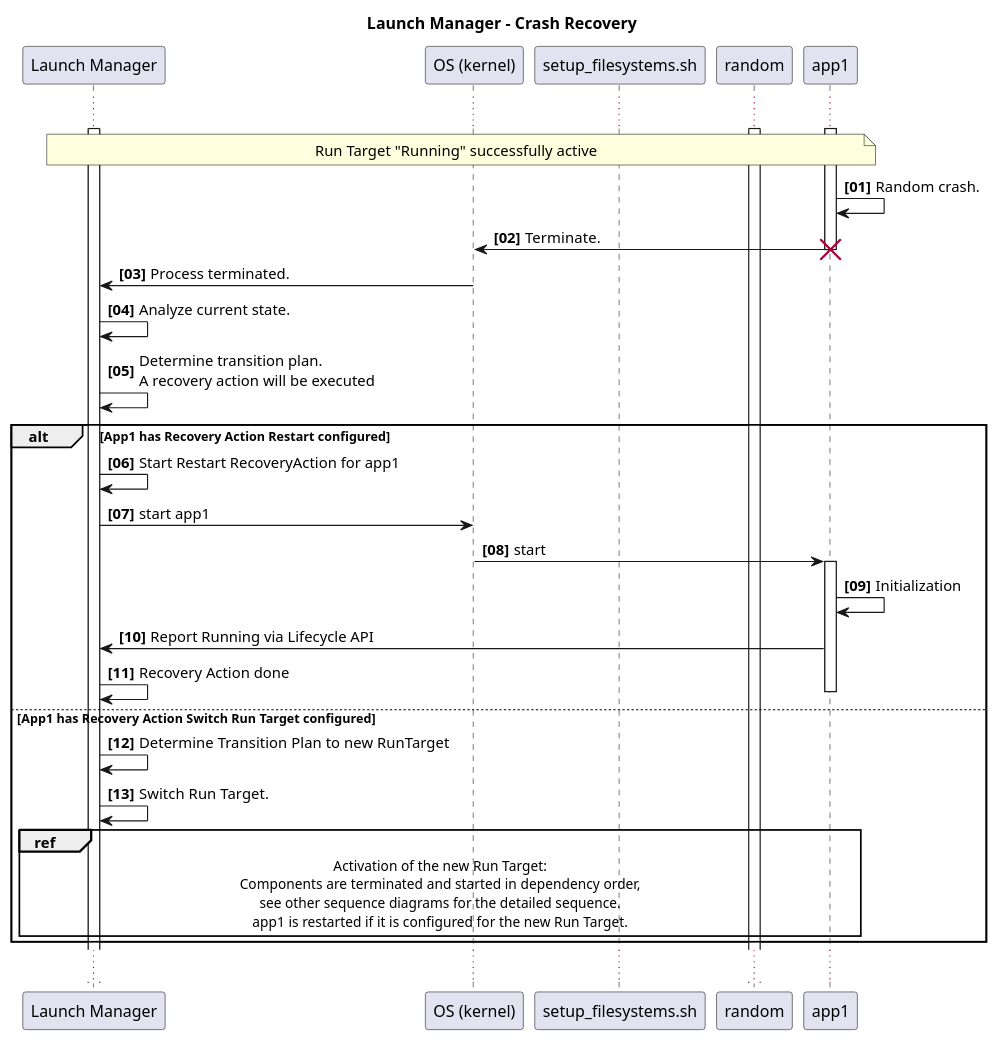
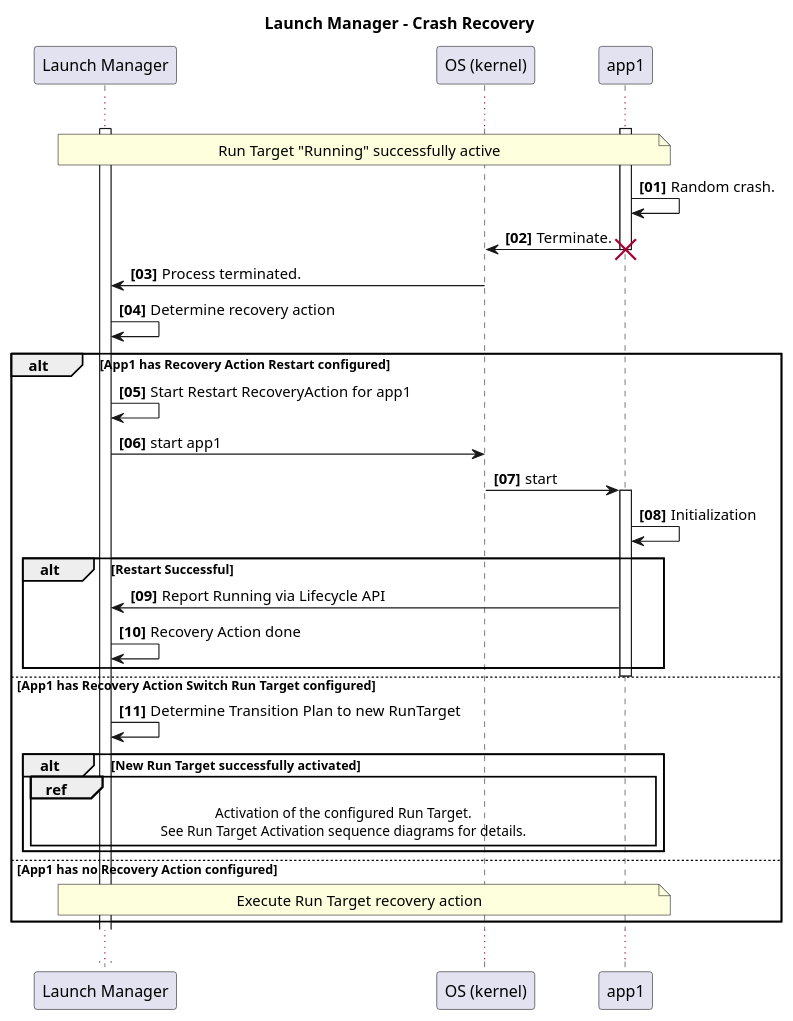
The diagram in docs/features/lifecycle/architecture/_assets/launch_manager_random_crash.puml (eclipse-score/lifecycle), drawn with PlantUML before and after one commit. The commit also changed 15 other files, not shown here.

Commit message:
Sequence diagram extensions

```diff
--- a/docs/features/lifecycle/architecture/_assets/launch_manager_random_crash.puml
+++ b/docs/features/lifecycle/architecture/_assets/launch_manager_random_crash.puml
@@ -14,57 +14,64 @@
 @startuml
 title Launch Manager - Crash Recovery
 
 autonumber "<b>[00]"
 
 participant "Launch Manager" as LM
 participant "OS (kernel)" as kernel
 
-participant "setup_filesystems.sh" as fs
-participant "random" as ran
 participant "app1" as app1
 
 activate LM
-activate ran
 activate app1
 
 ...
 
 note over LM,app1
 Run Target "Running" successfully active
 end note
 
 app1 -> app1: Random crash.
 app1 -> kernel: Terminate.
 destroy app1
 kernel -> LM: Process terminated.
 
-LM -> LM: Analyze current state.
-LM -> LM: Determine transition plan.\nA recovery action will be executed
+LM -> LM: Determine recovery action
 
 alt App1 has Recovery Action Restart configured
 
 LM -> LM: Start Restart RecoveryAction for app1
 LM -> kernel: start app1
 kernel -> app1 ++ : start
 app1 -> app1 : Initialization
-app1 -> LM : Report Running via Lifecycle API
-LM -> LM: Recovery Action done
+
+alt Restart Successful
+  app1 -> LM : Report Running via Lifecycle API
+  LM -> LM: Recovery Action done
+
+end alt
+
 deactivate app1
 
 else App1 has Recovery Action Switch Run Target configured
 
 LM -> LM: Determine Transition Plan to new RunTarget
-LM -> LM: Switch Run Target.
 
-ref over LM, app1
-  Activation of the new Run Target:
-  Components are terminated and started in dependency order,
-  see other sequence diagrams for the detailed sequence.
-  app1 is restarted if it is configured for the new Run Target.
-end ref
+  alt New Run Target successfully activated
+    ref over LM, app1
+      Activation of the configured Run Target.
+      See Run Target Activation sequence diagrams for details.
+    end ref
+  end alt
+
+
+else App1 has no Recovery Action configured
+
+note over LM, app1
+Execute Run Target recovery action
+end note
 
 end alt
 
 ...
 
 @enduml
```
